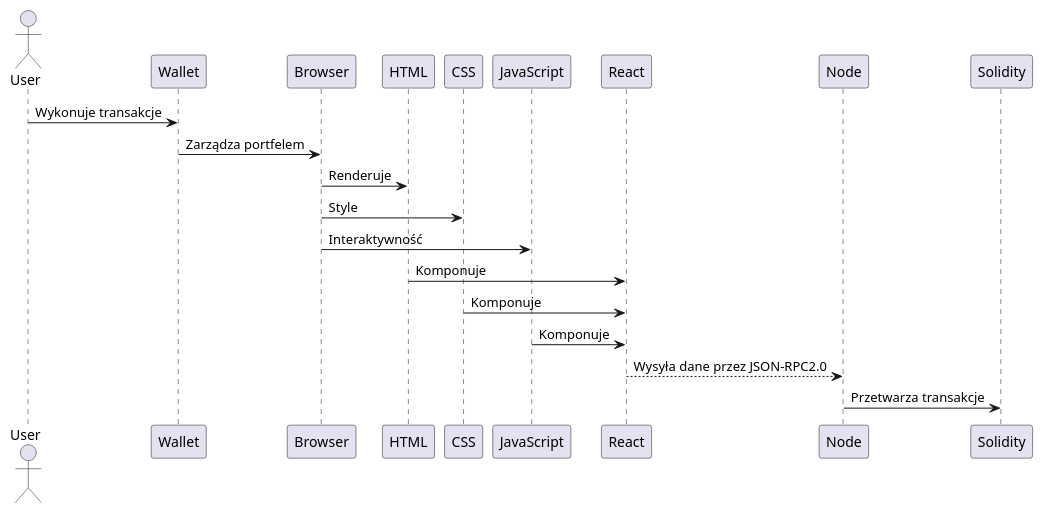
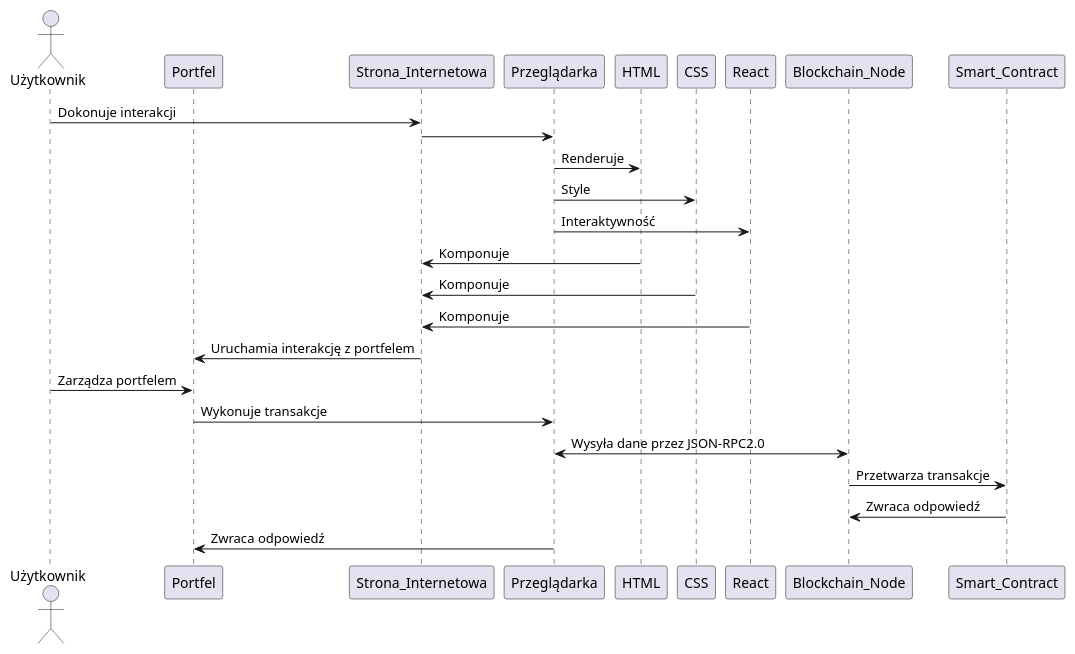
Before and after one commit to AdrianRzadek/BlockchainTokenICO: the diagram in puml_files/Project_Scheme sequence.puml, drawn with PlantUML. The commit also changed 16 other files, not shown here.

```diff
--- a/puml_files/Project_Scheme sequence.puml
+++ b/puml_files/Project_Scheme sequence.puml
@@ -1,26 +1,29 @@
-@startuml
+@startuml Projekt_Schema
 
-actor User
-participant Wallet
-participant Browser
+actor Użytkownik
+participant Portfel
+participant Strona_Internetowa
+participant Przeglądarka
 participant HTML
 participant CSS
-participant JavaScript
 participant React
-participant Node
-participant Solidity
+participant Blockchain_Node
+participant Smart_Contract
 
-User -> Wallet: Wykonuje transakcje
-Wallet -> Browser: Zarządza portfelem
-Browser -> HTML: Renderuje
-Browser -> CSS: Style
-Browser -> JavaScript: Interaktywność
-HTML -> React: Komponuje
-CSS -> React: Komponuje
-JavaScript -> React: Komponuje
-React --> Node: Wysyła dane przez JSON-RPC2.0
-Node -> Solidity: Przetwarza transakcje
-
-
+Użytkownik -> Strona_Internetowa: Dokonuje interakcji
+Strona_Internetowa -> Przeglądarka
+Przeglądarka -> HTML: Renderuje
+Przeglądarka -> CSS: Style
+Przeglądarka -> React: Interaktywność
+HTML -> Strona_Internetowa: Komponuje
+CSS -> Strona_Internetowa: Komponuje
+React -> Strona_Internetowa: Komponuje
+Strona_Internetowa -> Portfel: Uruchamia interakcję z portfelem
+Użytkownik -> Portfel: Zarządza portfelem
+Portfel -> Przeglądarka: Wykonuje transakcje
+Przeglądarka <-> Blockchain_Node: Wysyła dane przez JSON-RPC2.0
+Blockchain_Node -> Smart_Contract: Przetwarza transakcje
+Smart_Contract -> Blockchain_Node : Zwraca odpowiedź
+Przeglądarka -> Portfel: Zwraca odpowiedź
 
 @enduml
```
